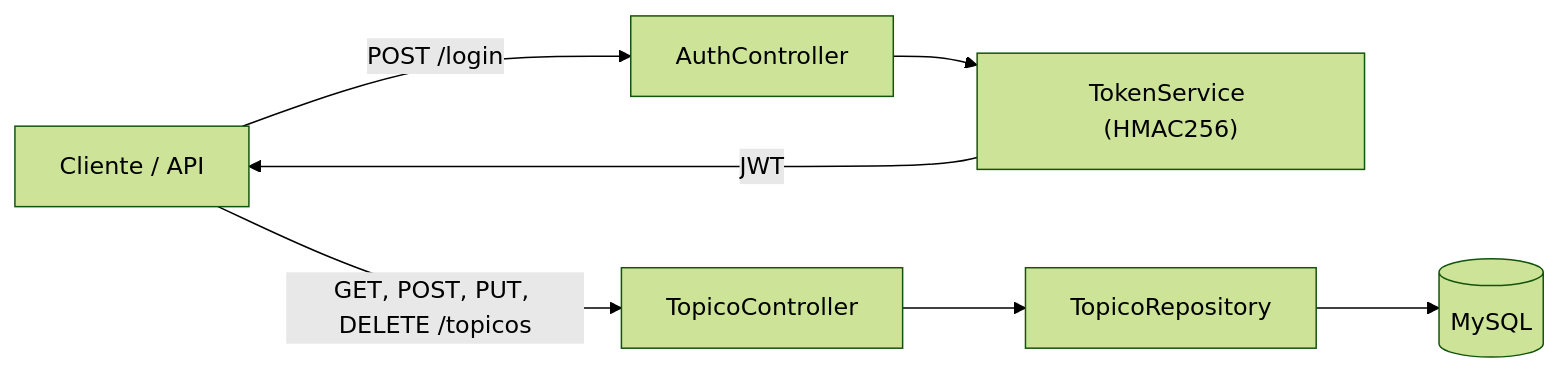
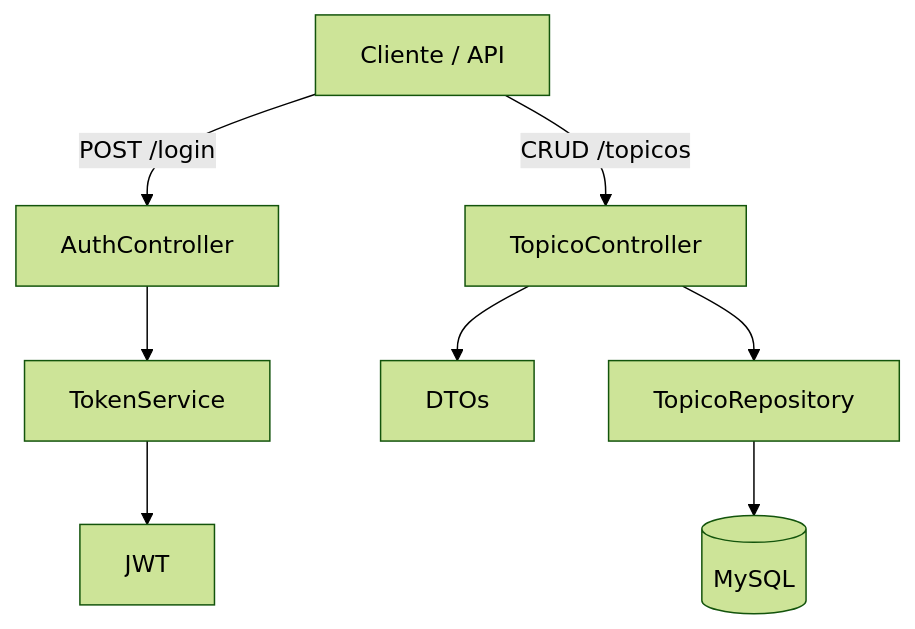
Before and after one commit to gilvamoliveira/GilvamOliveira: the diagram in README.md, drawn with Mermaid (forest theme). The commit also changed 1 other file, not shown here.

Commit message:
docs: simplify ForumHub architecture diagram

````diff
--- a/README.md
+++ b/README.md
@@ -53,9 +53,10 @@
 ```mermaid
-flowchart LR
+flowchart TD
   C["Cliente / API"] -->|"POST /login"| A["AuthController"]
-  A --> T["TokenService (HMAC256)"]
-  T -->|"JWT"| C
-  C -->|"GET, POST, PUT, DELETE /topicos"| H["TopicoController"]
+  A --> T["TokenService"]
+  T --> J["JWT"]
+  C -->|"CRUD /topicos"| H["TopicoController"]
+  H --> D["DTOs"]
   H --> R["TopicoRepository"]
   R --> DB[("MySQL")]
 ```
````
